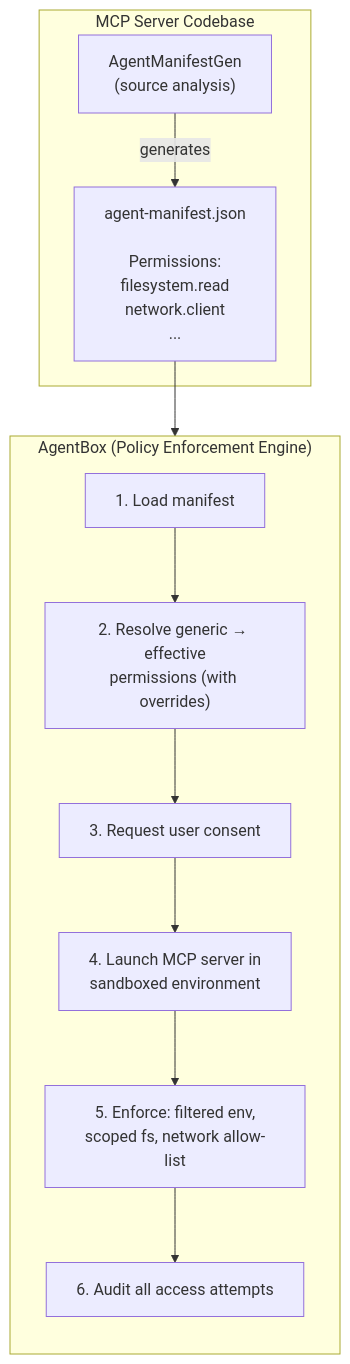
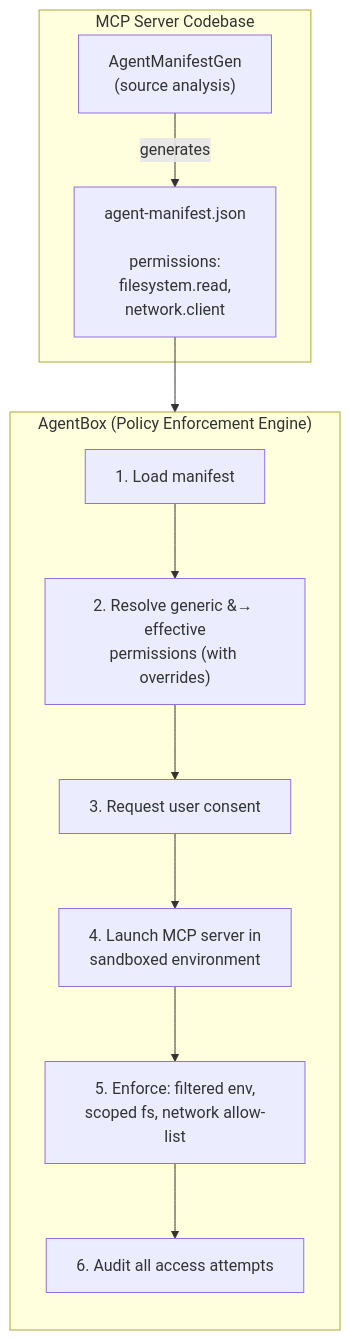
The diagram in README.md (dortort/agent-bound), drawn with Mermaid before and after one commit.

Commit message:
Fix Mermaid diagram rendering issues
- Use <br/> instead of \n for line breaks in node labels
- Use HTML entity &#8594; for the right arrow character
- Connect manifest directly to first AgentBox step to avoid
  the subgraph title overlapping with the arrow target

https://claude.ai/code/session_01NASCAhzHn3Ax3tVW7HkwaP

````diff
--- a/README.md
+++ b/README.md
@@ -23,21 +23,21 @@
 ```mermaid
 flowchart TD
     subgraph Codebase["MCP Server Codebase"]
-        Gen["AgentManifestGen\n(source analysis)"]
-        Manifest["agent-manifest.json\n\nPermissions:\nfilesystem.read\nnetwork.client\n..."]
+        Gen["AgentManifestGen<br/>(source analysis)"]
+        Manifest["agent-manifest.json<br/><br/>permissions:<br/>filesystem.read,<br/>network.client"]
         Gen -->|generates| Manifest
     end
 
-    Manifest --> Box
+    Manifest --> S1
 
     subgraph Box["AgentBox (Policy Enforcement Engine)"]
         direction TB
         S1["1. Load manifest"]
-        S2["2. Resolve generic → effective\npermissions (with overrides)"]
+        S2["2. Resolve generic &#8594; effective<br/>permissions (with overrides)"]
         S3["3. Request user consent"]
-        S4["4. Launch MCP server in\nsandboxed environment"]
-        S5["5. Enforce: filtered env,\nscoped fs, network allow-list"]
+        S4["4. Launch MCP server in<br/>sandboxed environment"]
+        S5["5. Enforce: filtered env,<br/>scoped fs, network allow-list"]
         S6["6. Audit all access attempts"]
         S1 --> S2 --> S3 --> S4 --> S5 --> S6
     end
 ```
````
